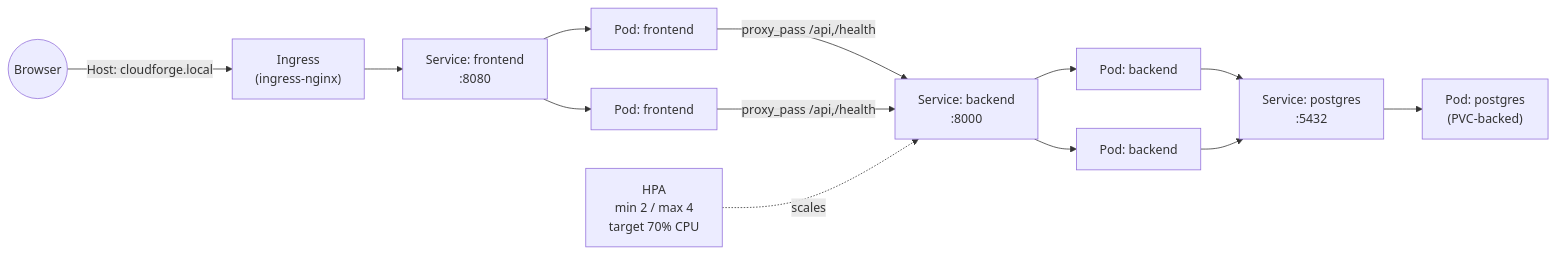
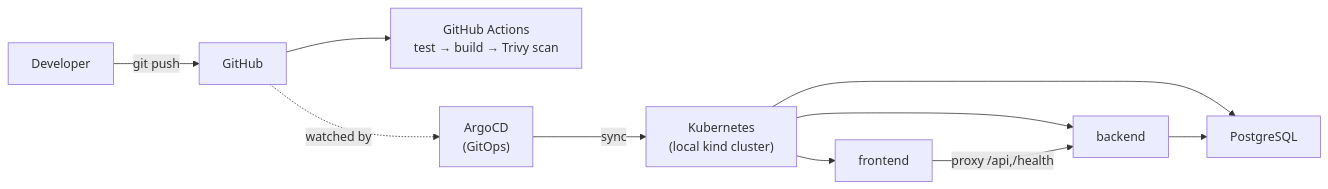
One commit to AkhilTejaDoosari/cloudforge-platform changed the first of 2 diagrams in README.md. Above: the diagram before and after it, drawn with Mermaid. The commit also changed other lines of this file and 11 other files, not shown here.

````diff
--- a/README.md
+++ b/README.md
@@ -69,13 +31,12 @@
 ```mermaid
 flowchart LR
-    User((Browser)) -->|"Host: cloudforge.local"| Ing["Ingress<br/>(ingress-nginx)"]
-    Ing --> FE_SVC["Service: frontend<br/>:8080"]
-    FE_SVC --> FE1["Pod: frontend"]
-    FE_SVC --> FE2["Pod: frontend"]
-    FE1 & FE2 -->|"proxy_pass /api,/health"| BE_SVC["Service: backend<br/>:8000"]
-    BE_SVC --> BE1["Pod: backend"]
-    BE_SVC --> BE2["Pod: backend"]
-    HPA["HPA<br/>min 2 / max 4<br/>target 70% CPU"] -.scales.-> BE_SVC
-    BE1 & BE2 --> PG_SVC["Service: postgres<br/>:5432"]
-    PG_SVC --> PG["Pod: postgres<br/>(PVC-backed)"]
+    Dev["Developer"] -->|git push| GH["GitHub"]
+    GH --> GHA["GitHub Actions<br/>test → build → Trivy scan"]
+    GH -.watched by.-> Argo["ArgoCD<br/>(GitOps)"]
+    Argo -->|sync| K8s["Kubernetes<br/>(local kind cluster)"]
+    K8s --> FE["frontend"]
+    K8s --> BE["backend"]
+    K8s --> PG["PostgreSQL"]
+    FE -->|proxy /api,/health| BE
+    BE --> PG
 ```
````
